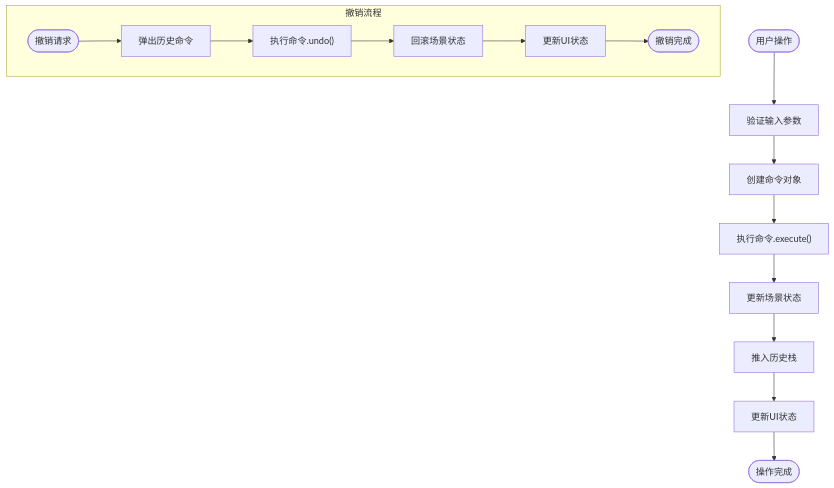
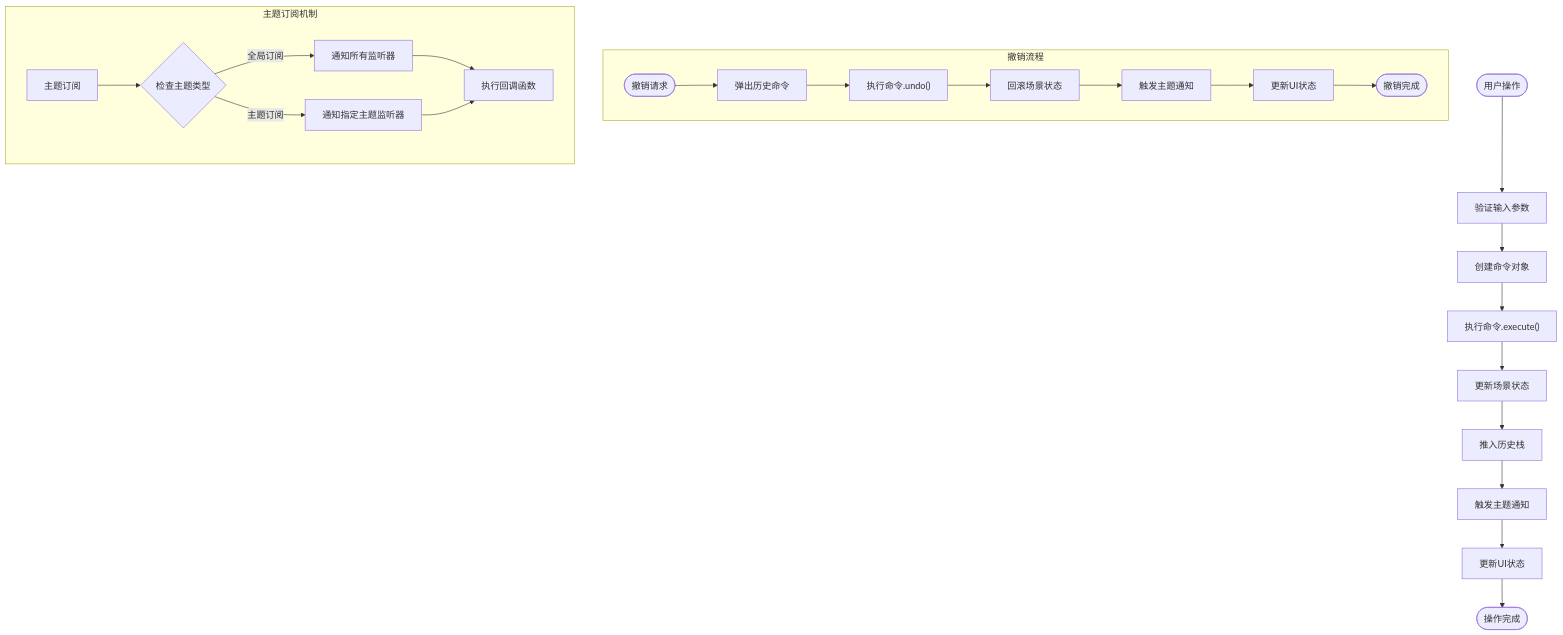
One commit to Anna0314zy/ai_editor_enginer changed the fifth of 18 diagrams in .qoder/repowiki/zh/content/引擎系统/核心引擎.md. Above: the diagram before and after it, drawn with Mermaid. The commit also changed other lines of this file and 25 other files, not shown here.

````diff
--- a/.qoder/repowiki/zh/content/引擎系统/核心引擎.md
+++ b/.qoder/repowiki/zh/content/引擎系统/核心引擎.md
@@ -232,17 +262,26 @@
 ```mermaid
 flowchart TD
 Start([用户操作]) --> Validate["验证输入参数"]
 Validate --> CreateCommand["创建命令对象"]
 CreateCommand --> Execute["执行命令.execute()"]
 Execute --> UpdateScene["更新场景状态"]
 UpdateScene --> PushHistory["推入历史栈"]
-PushHistory --> UpdateUI["更新UI状态"]
+PushHistory --> Notify["触发主题通知"]
+Notify --> UpdateUI["更新UI状态"]
 UpdateUI --> End([操作完成])
 subgraph "撤销流程"
 UndoStart([撤销请求]) --> PopCommand["弹出历史命令"]
 PopCommand --> ExecuteUndo["执行命令.undo()"]
 ExecuteUndo --> UpdateSceneUndo["回滚场景状态"]
-UpdateSceneUndo --> UpdateUIUndo["更新UI状态"]
+UpdateSceneUndo --> NotifyUndo["触发主题通知"]
+NotifyUndo --> UpdateUIUndo["更新UI状态"]
 UpdateUIUndo --> UndoEnd([撤销完成])
 end
+subgraph "主题订阅机制"
+Subscribe[主题订阅] --> TopicCheck{检查主题类型}
+TopicCheck --> |全局订阅| GlobalNotify["通知所有监听器"]
+TopicCheck --> |主题订阅| TopicNotify["通知指定主题监听器"]
+GlobalNotify --> Callback[执行回调函数]
+TopicNotify --> Callback
+end
 ```
````
